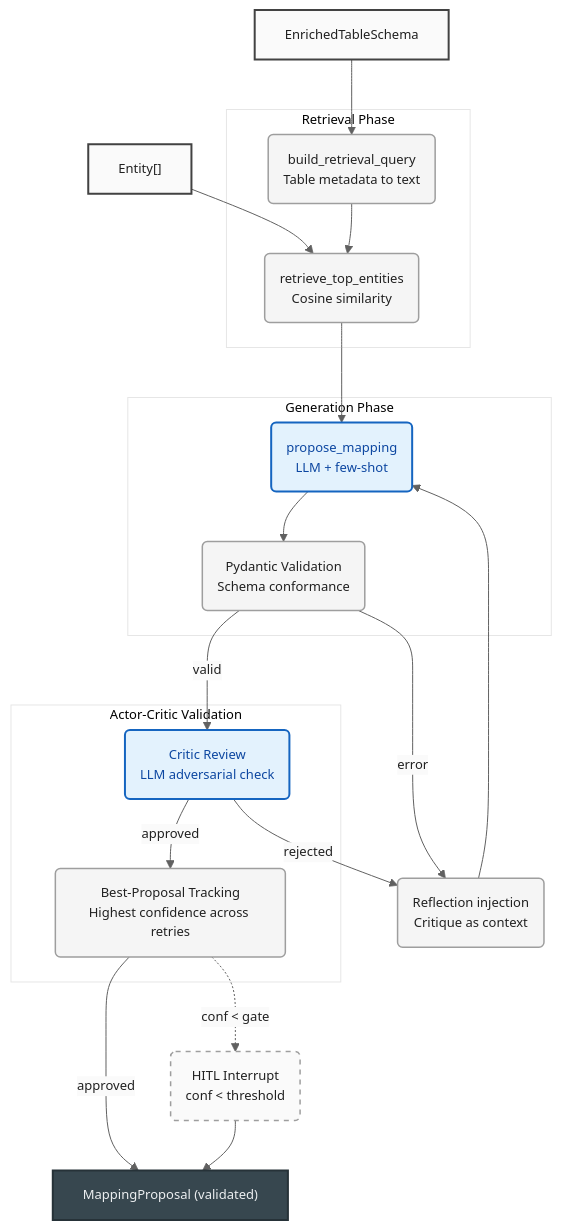
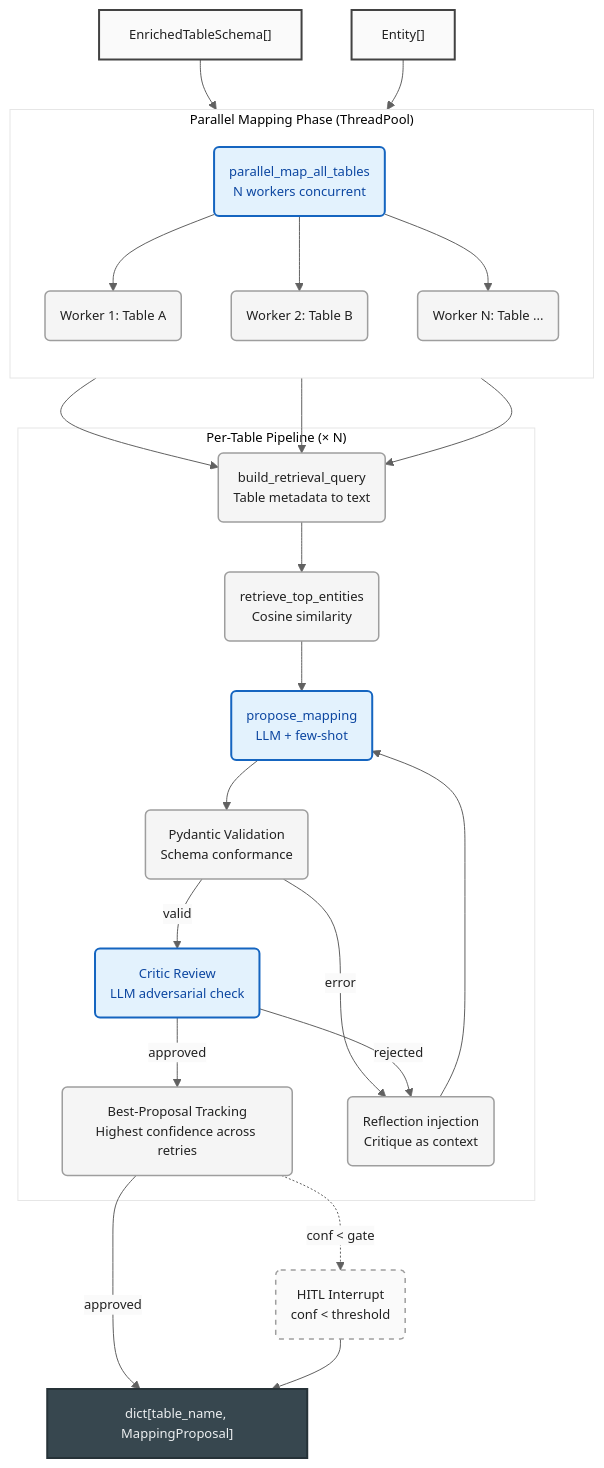
Before and after one commit to LookUpMark/semanticmesh: the eighth of 14 diagrams in docs/images/component_diagrams.md, drawn with Mermaid. The commit also changed other lines of this file and 4 other files, not shown here.

Commit message:
docs: update diagrams, changelog, and study-guide for parallel mapping + constraint fix

````diff
--- a/docs/images/component_diagrams.md
+++ b/docs/images/component_diagrams.md
@@ -290,43 +290,47 @@
 ```mermaid
 %%{init: {'theme': 'base', 'themeVariables': {'primaryColor': '#FAFAFA', 'primaryTextColor': '#212121', 'primaryBorderColor': '#9E9E9E', 'lineColor': '#616161', 'fontSize': '13px', 'fontFamily': 'Inter, Helvetica, Arial, sans-serif'}}}%%
 flowchart TD
-    TBL["EnrichedTableSchema"]:::input
+    TBL["EnrichedTableSchema[]"]:::input
     ENTS["Entity[]"]:::input
 
-    subgraph retrieval["Retrieval Phase"]
+    subgraph parallel["Parallel Mapping Phase (ThreadPool)"]
+        direction TB
+        PAR("parallel_map_all_tables<br/>N workers concurrent"):::key
+        W1("Worker 1: Table A"):::process
+        W2("Worker 2: Table B"):::process
+        WN("Worker N: Table ..."):::process
+        PAR --> W1 & W2 & WN
+    end
+
+    subgraph per_table["Per-Table Pipeline (× N)"]
         QRY("build_retrieval_query<br/>Table metadata to text"):::process
         RET("retrieve_top_entities<br/>Cosine similarity"):::process
-    end
-
-    subgraph generation["Generation Phase"]
         PROP("propose_mapping<br/>LLM + few-shot"):::key
         PVAL("Pydantic Validation<br/>Schema conformance"):::process
-    end
-
-    subgraph validation["Actor-Critic Validation"]
         CRIT("Critic Review<br/>LLM adversarial check"):::key
         BEST("Best-Proposal Tracking<br/>Highest confidence across retries"):::process
+        REFL("Reflection injection<br/>Critique as context"):::process
     end
 
     HITL("HITL Interrupt<br/>conf < threshold"):::optional
-    REFL("Reflection injection<br/>Critique as context"):::process
-    OUT["MappingProposal (validated)"]:::output
+    OUT["dict[table_name, MappingProposal]"]:::output
 
-    TBL --> QRY
-    ENTS --> RET
+    TBL --> PAR
+    ENTS --> PAR
+    W1 & W2 & WN --> QRY
     QRY --> RET --> PROP
     PROP --> PVAL
     PVAL -- "error" --> REFL --> PROP
     PVAL -- "valid" --> CRIT
     CRIT -- "rejected" --> REFL
     CRIT -- "approved" --> BEST
     BEST -. "conf < gate" .-> HITL
     BEST -- "approved" --> OUT
     HITL --> OUT
 
     classDef input fill:#FAFAFA,stroke:#424242,stroke-width:2px
     classDef process fill:#F5F5F5,stroke:#9E9E9E,stroke-width:1.5px
     classDef key fill:#E3F2FD,stroke:#1565C0,stroke-width:2px,color:#0D47A1
     classDef optional fill:#FAFAFA,stroke:#9E9E9E,stroke-width:1.5px,stroke-dasharray: 5 5
     classDef output fill:#37474F,stroke:#263238,stroke-width:2px,color:#ECEFF1
 ```
````
